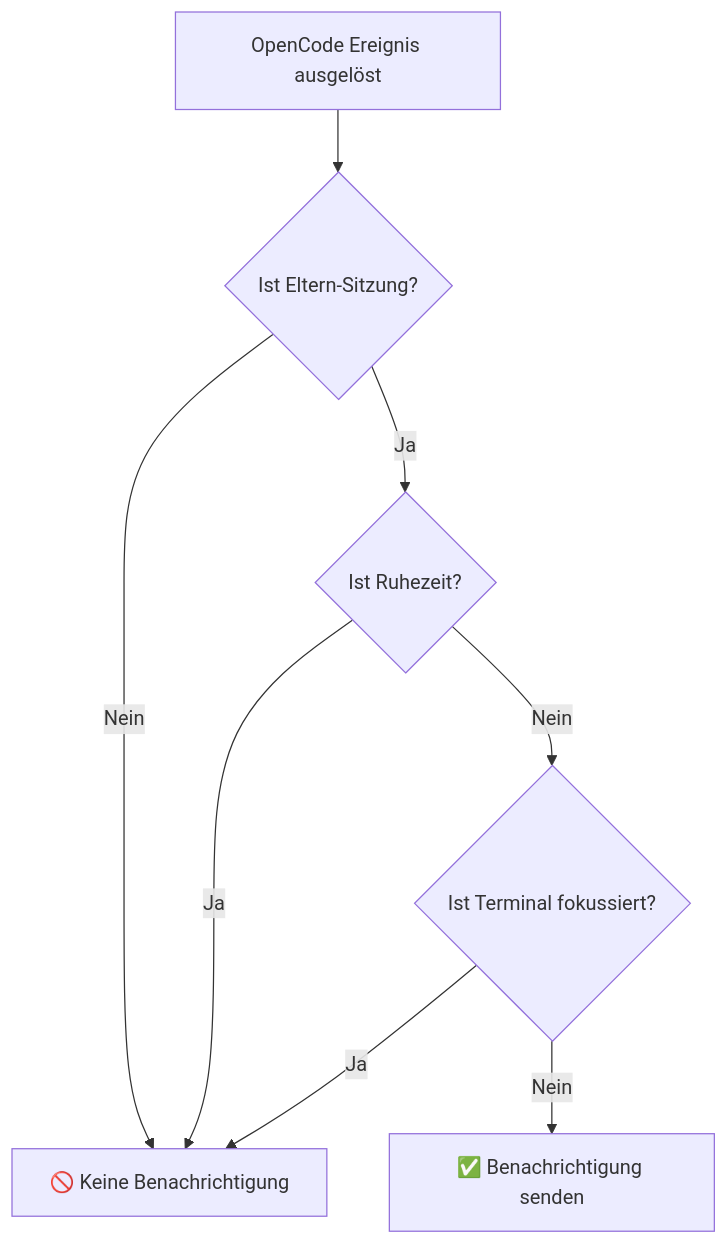
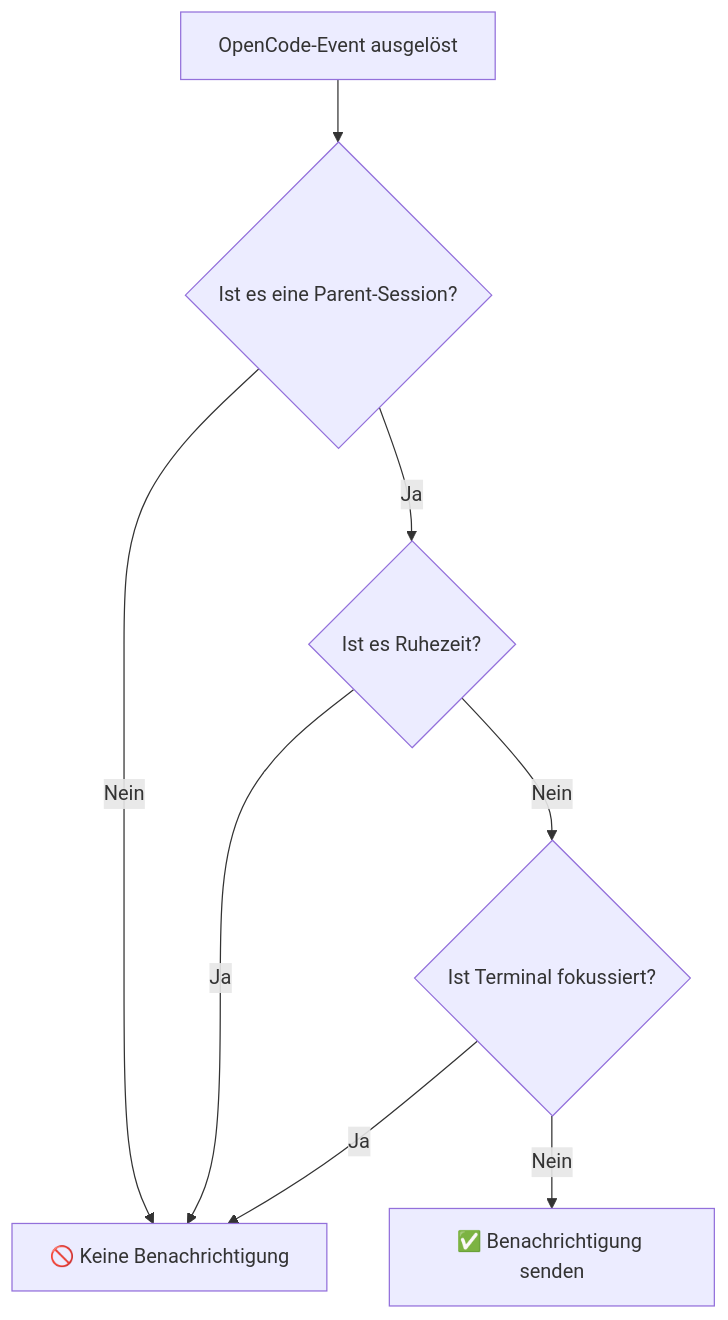
One commit to vbgate/opencodedocs changed the diagram in docs/de/kdcokenny/opencode-notify/advanced/quiet-hours/index.md. Above: the diagram before and after it, drawn with Mermaid. The commit also changed other lines of this file and 254 other files, not shown here.

````diff
--- a/docs/de/kdcokenny/opencode-notify/advanced/quiet-hours/index.md
+++ b/docs/de/kdcokenny/opencode-notify/advanced/quiet-hours/index.md
@@ -217,10 +217,10 @@
 ```mermaid
 graph TD
-    A[OpenCode Ereignis ausgelöst] --> B{Ist Eltern-Sitzung?}
+    A[OpenCode-Event ausgelöst] --> B{Ist es eine Parent-Session?}
     B -->|Nein| C[🚫 Keine Benachrichtigung]
-    B -->|Ja| D{Ist Ruhezeit?}
+    B -->|Ja| D{Ist es Ruhezeit?}
     D -->|Ja| C
     D -->|Nein| E{Ist Terminal fokussiert?}
     E -->|Ja| C
     E -->|Nein| F[✅ Benachrichtigung senden]
 ```
````
